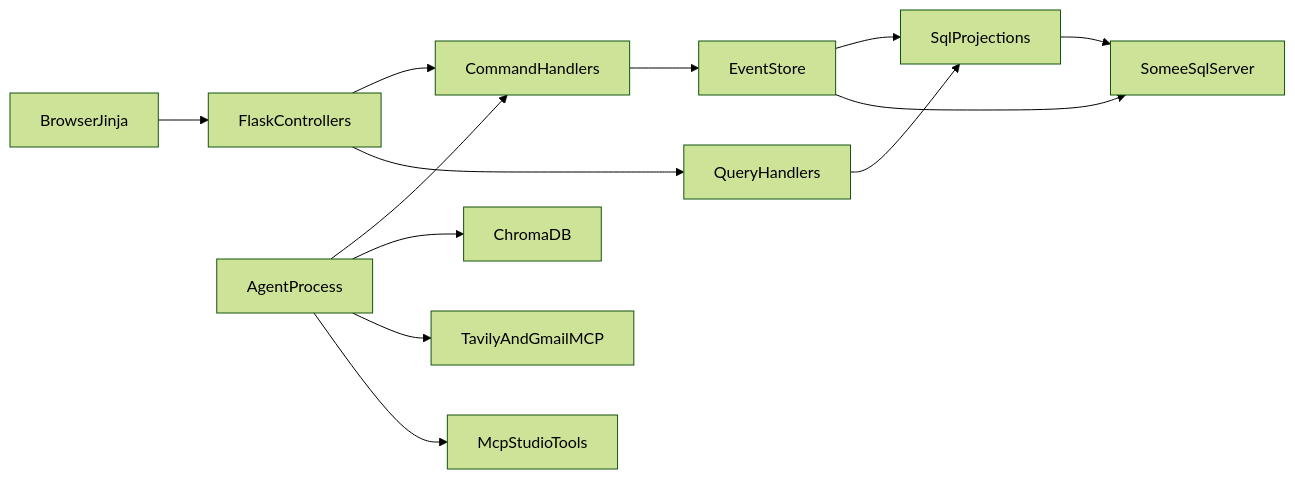
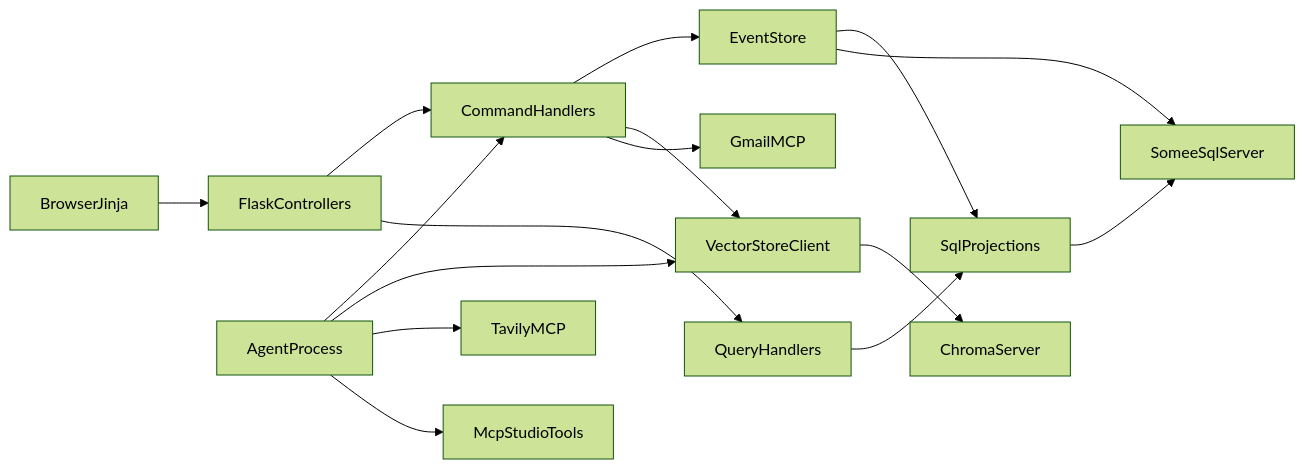
The diagram in docs/architecture.md (rina-hardan/KindBridge), drawn with Mermaid (forest theme) before and after one commit. The commit also changed other lines of this file and 29 other files, not shown here.

Commit message:
Implement basic project architecture

````diff
--- a/docs/architecture.md
+++ b/docs/architecture.md
@@ -18,27 +19,32 @@
 ```mermaid
 flowchart LR
   browser[BrowserJinja]
   flaskMvc[FlaskControllers]
   commands[CommandHandlers]
   queries[QueryHandlers]
   eventStore[EventStore]
   projections[SqlProjections]
   agentProc[AgentProcess]
-  chroma[ChromaDB]
-  mcpExt[TavilyAndGmailMCP]
+  vectorInfra[VectorStoreClient]
+  chroma[ChromaServer]
+  mcpTavily[TavilyMCP]
+  mcpGmail[GmailMCP]
   mcpCustom[McpStudioTools]
   somee[SomeeSqlServer]
 
   browser --> flaskMvc
   flaskMvc --> commands
   flaskMvc --> queries
   commands --> eventStore
+  commands --> vectorInfra
   eventStore --> projections
   queries --> projections
   eventStore --> somee
   projections --> somee
   agentProc --> commands
-  agentProc --> chroma
-  agentProc --> mcpExt
+  agentProc --> vectorInfra
+  vectorInfra --> chroma
+  agentProc --> mcpTavily
+  commands --> mcpGmail
   agentProc --> mcpCustom
 ```
````
